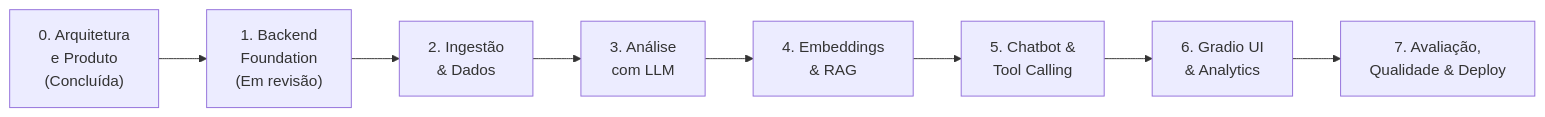
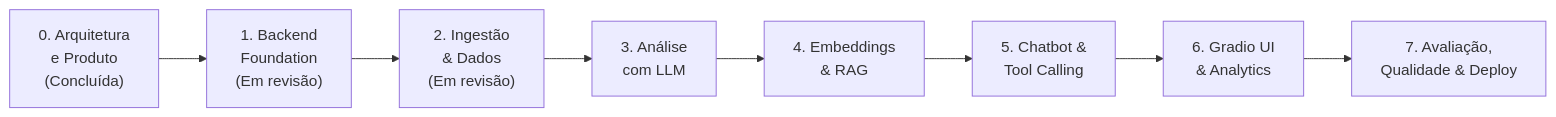
One commit to iMathCC/MesaIQ changed the diagram in docs/ROADMAP.md. Above: the diagram before and after it, drawn with Mermaid. The commit also changed other lines of this file and 40 other files, not shown here.

````diff
--- a/docs/ROADMAP.md
+++ b/docs/ROADMAP.md
@@ -14,10 +14,10 @@
 ```mermaid
 flowchart LR
     E0["0. Arquitetura\ne Produto\n(Concluída)"] --> E1["1. Backend\nFoundation\n(Em revisão)"]
-    E1 --> E2["2. Ingestão\n& Dados"]
+    E1 --> E2["2. Ingestão\n& Dados\n(Em revisão)"]
     E2 --> E3["3. Análise\ncom LLM"]
     E3 --> E4["4. Embeddings\n& RAG"]
     E4 --> E5["5. Chatbot &\nTool Calling"]
     E5 --> E6["6. Gradio UI\n& Analytics"]
     E6 --> E7["7. Avaliação,\nQualidade & Deploy"]
 ```
````
